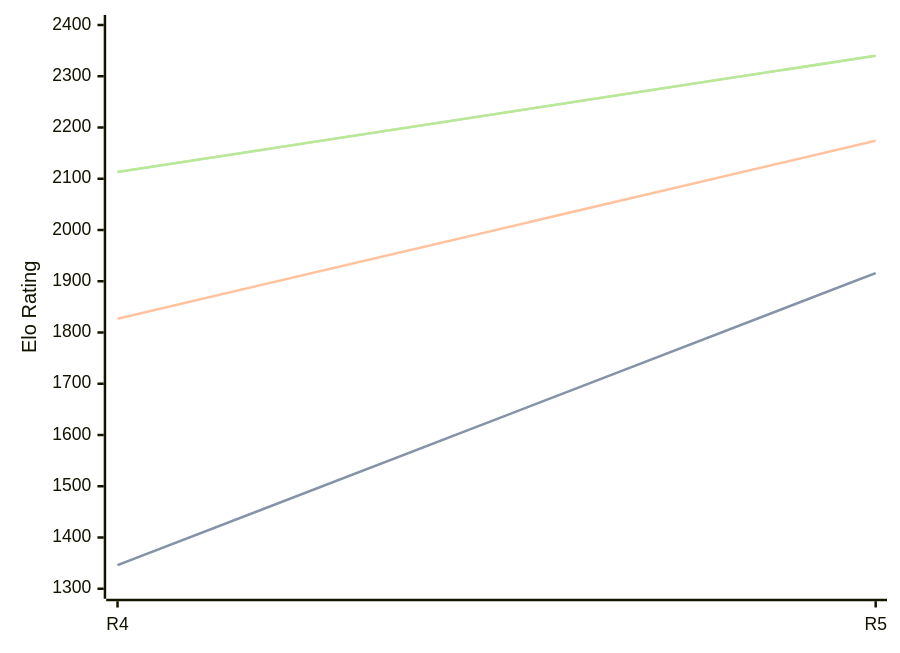
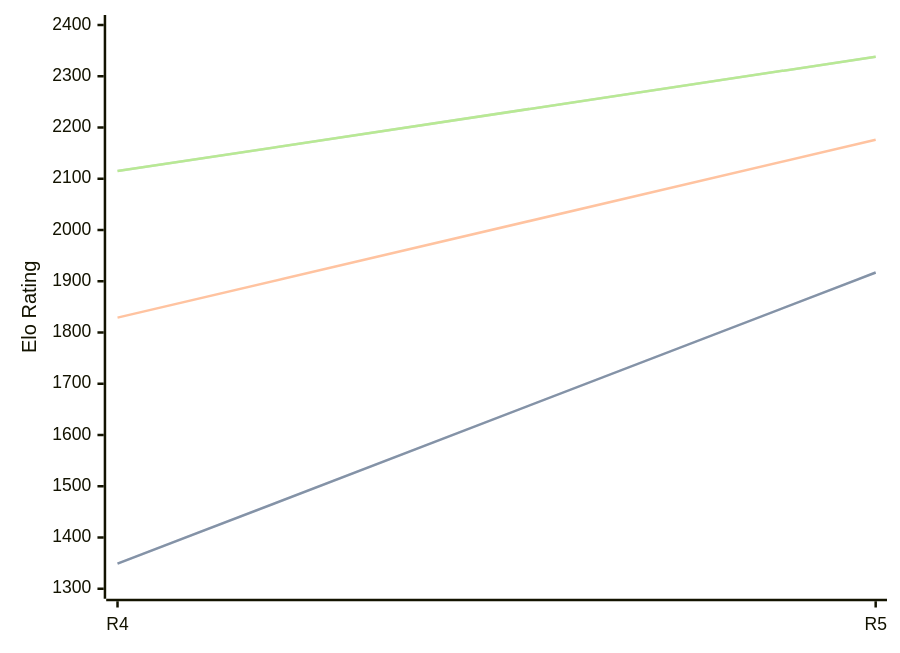
One commit to computer-chess-index/cci changed the diagram in engines/Viking.md. Above: the diagram before and after it, drawn with Mermaid. The commit also changed other lines of this file, not shown here.

Commit message:
Update CCI Ratings (ELO VLTC) - 2026-08-23

````diff
--- a/engines/Viking.md
+++ b/engines/Viking.md
@@ -35,11 +35,11 @@
 ```mermaid
 %%{init: {"theme":"base","themeVariables":{"seriesColors:['#a3a3a3','#222221','#faa371']}}}%%
 xychart-beta
   x-axis ["R4", "R5"]
   y-axis "Elo Rating" 1300 --> 2400
-  line "STC (8.0+0.08s)" [1346, 1916]
-  line "STC (8.0+0.08s)" [1346, 1916]
-  line "LTC (60.0+0.60s)" [1827, 2174]
-  line "VLTC (2m24s+1.12s)" [2113, 2340]
-  line "VLTC (2m24s+1.12s)" [2113, 2340]
+  line "STC (8.0+0.08s)" [1349, 1917]
+  line "STC (8.0+0.08s)" [1349, 1917]
+  line "LTC (60.0+0.60s)" [1829, 2176]
+  line "VLTC (2m24s+1.12s)" [2115, 2338]
+  line "VLTC (2m24s+1.12s)" [2115, 2338]
 ```
````
